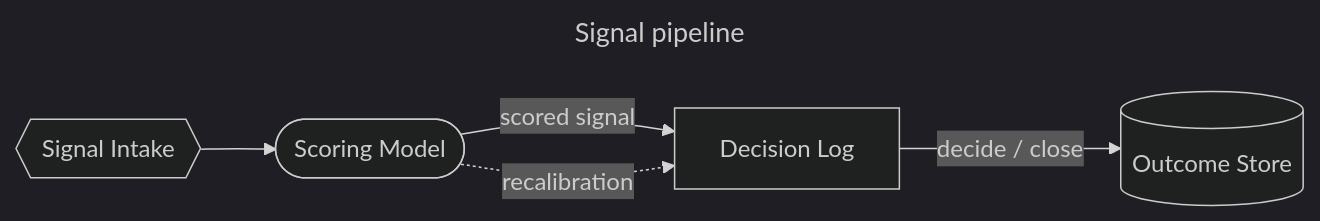
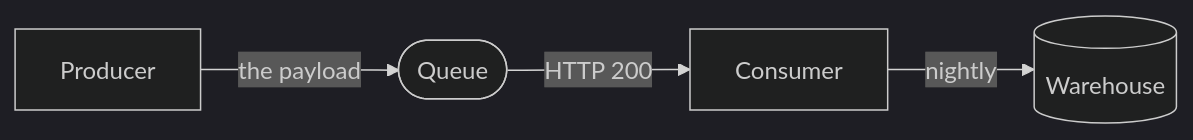
One commit to Laticent/lattice changed the third of 7 diagrams in examples/diagram-narration.md. Above: the diagram before and after it, drawn with Mermaid (dark theme). The commit also changed other lines of this file and 10 other files, not shown here.

````diff
--- a/examples/diagram-narration.md
+++ b/examples/diagram-narration.md
@@ -29,10 +68,6 @@
 ```mermaid
----
-title: Signal pipeline
----
 flowchart LR
-  A{{"Signal Intake"}} --> B(["Scoring Model"])
-  B -->|"scored signal"| C["Decision Log"]
-  C -->|"decide / close"| D[("Outcome Store")]
-  B -.->|"recalibration"| C
+  Producer["Producer"] -->|"the payload"| Queue(["Queue"])
+  Queue -->|"HTTP 200"| Consumer["Consumer"]
+  Consumer -->|"nightly"| Warehouse[("Warehouse")]
 ```
````
